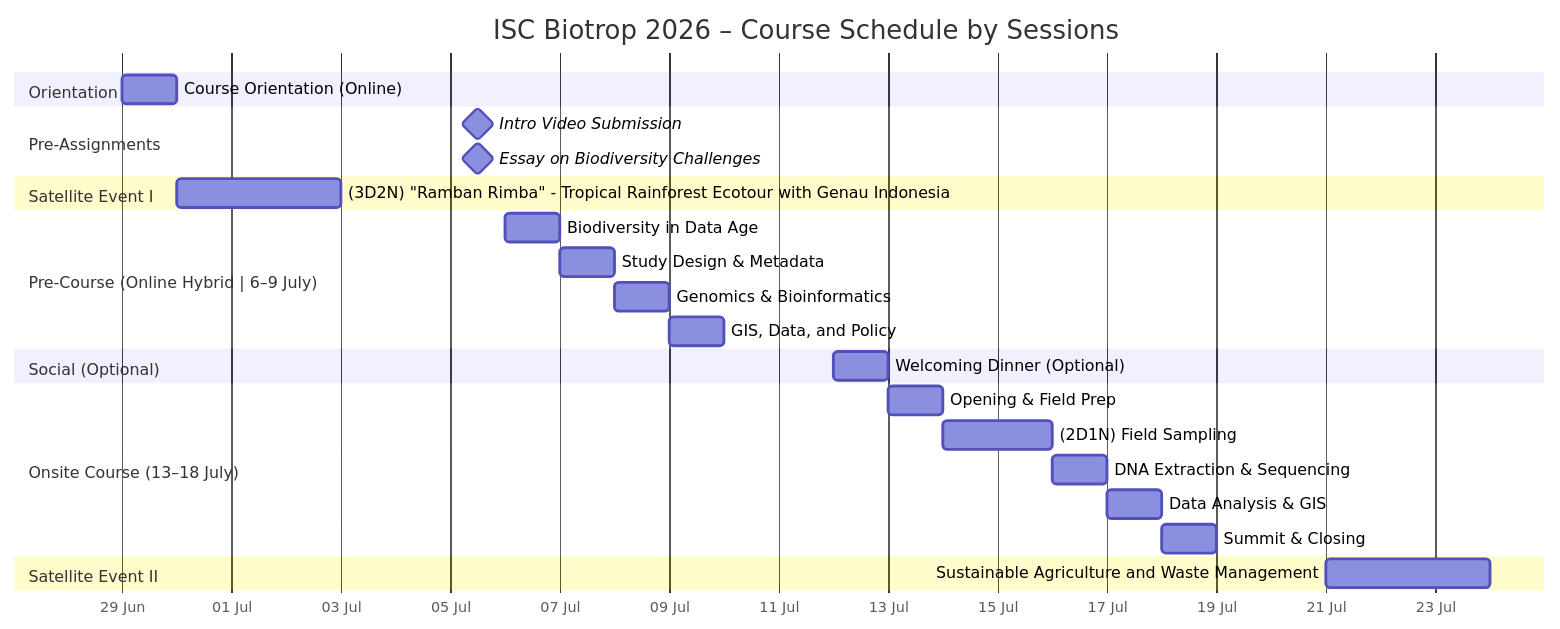
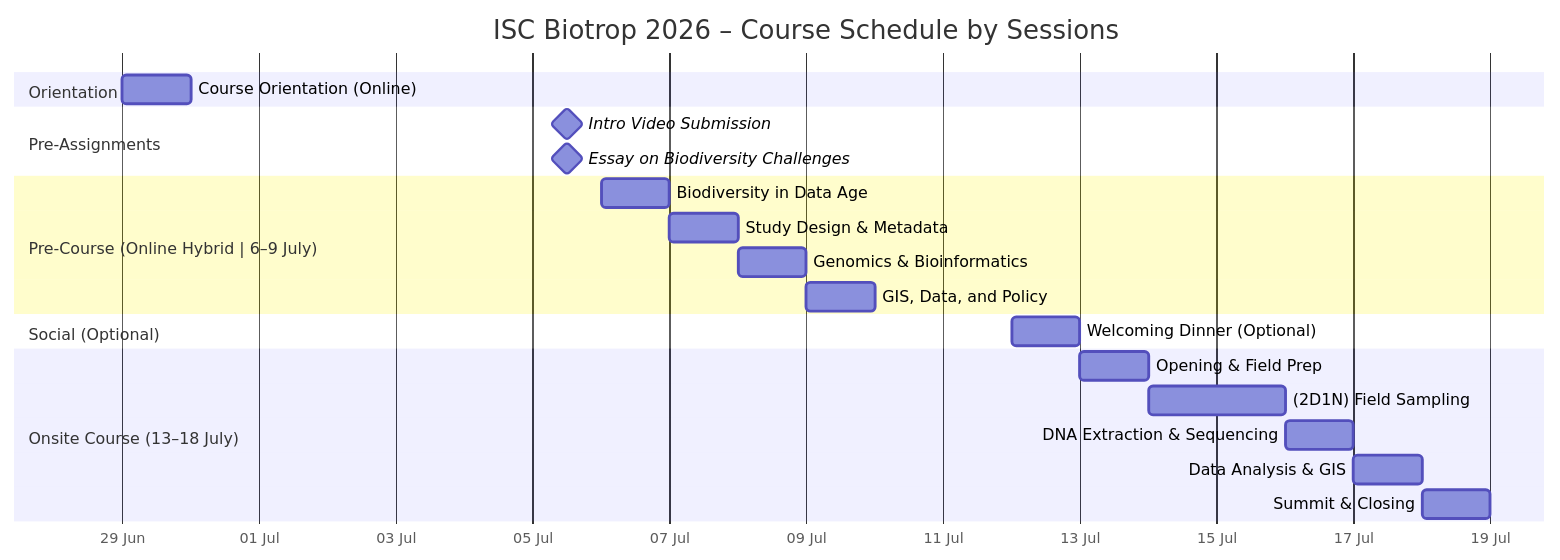
Before and after one commit to iscbiotrop/2026: the diagram in program/schedule/index.qmd, drawn with Mermaid.

Commit message:
fix: update schedule

````diff
--- a/program/schedule/index.qmd
+++ b/program/schedule/index.qmd
@@ -15,35 +15,29 @@
 ```{mermaid}
 gantt
     title ISC Biotrop 2026 – Course Schedule by Sessions
     dateFormat  YYYY-MM-DD
     axisFormat  %d %b
 
     section Orientation
     Course Orientation (Online)        :2026-06-29, 1d
 
     section Pre-Assignments
     Intro Video Submission             :milestone, 2026-07-05, 1d
     Essay on Biodiversity Challenges   :milestone, 2026-07-05, 1d
-
-    section Satellite Event I
-    (3D2N) "Ramban Rimba" - Tropical Rainforest Ecotour with Genau Indonesia   :2026-06-30, 3d
 
     section Pre-Course (Online Hybrid | 6–9 July)
     Biodiversity in Data Age   :2026-07-06, 1d
     Study Design & Metadata    :2026-07-07, 1d
     Genomics & Bioinformatics  :2026-07-08, 1d
     GIS, Data, and Policy      :2026-07-09, 1d
     
     section Social (Optional) 
     Welcoming Dinner (Optional)      :a8, 2026-07-12, 1d
 
     section Onsite Course (13–18 July)
     Opening & Field Prep       :2026-07-13, 1d
     (2D1N) Field Sampling      :2026-07-14, 2d
     DNA Extraction & Sequencing :2026-07-16, 1d
     Data Analysis & GIS        :2026-07-17, 1d
     Summit & Closing           :2026-07-18, 1d
-
-    section Satellite Event II
-    Sustainable Agriculture and Waste Management    :2026-07-21, 3d
 ```
````
